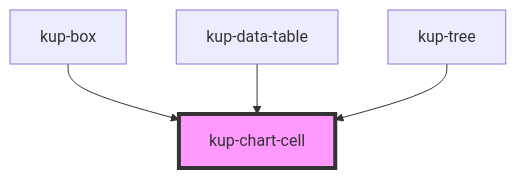
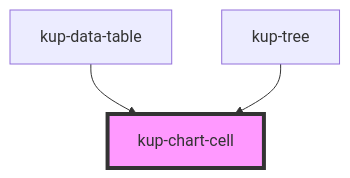
The diagram in packages/ketchup/src/components/kup-chart-cell/readme.md (smeup/ketchup), drawn with Mermaid before and after one commit. The commit also changed other lines of this file and 4 other files, not shown here.

Commit message:
Offline chart in box replacing chart cell

````diff
--- a/packages/ketchup/src/components/kup-chart-cell/readme.md
+++ b/packages/ketchup/src/components/kup-chart-cell/readme.md
@@ -25,7 +24,6 @@
 ```mermaid
 graph TD;
-  kup-box --> kup-chart-cell
   kup-data-table --> kup-chart-cell
   kup-tree --> kup-chart-cell
   style kup-chart-cell fill:#f9f,stroke:#333,stroke-width:4px
 ```
````
